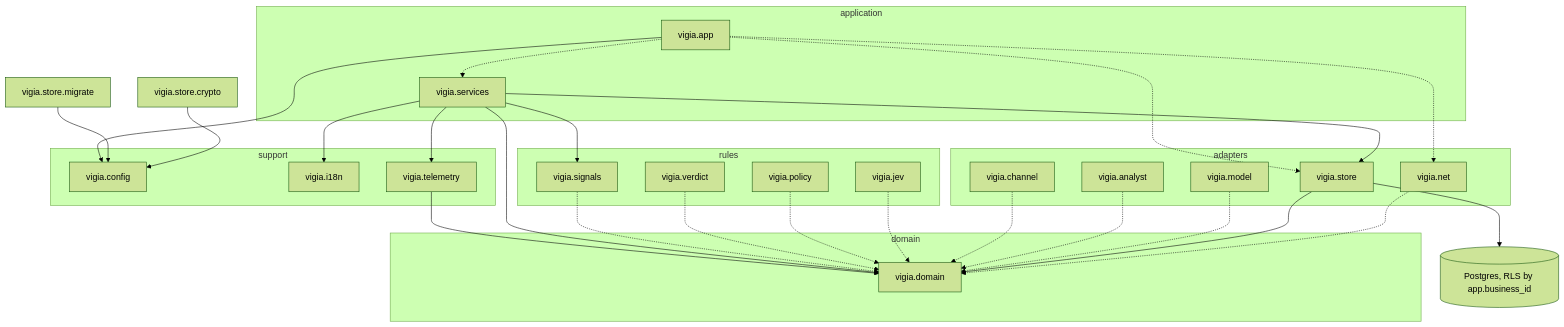
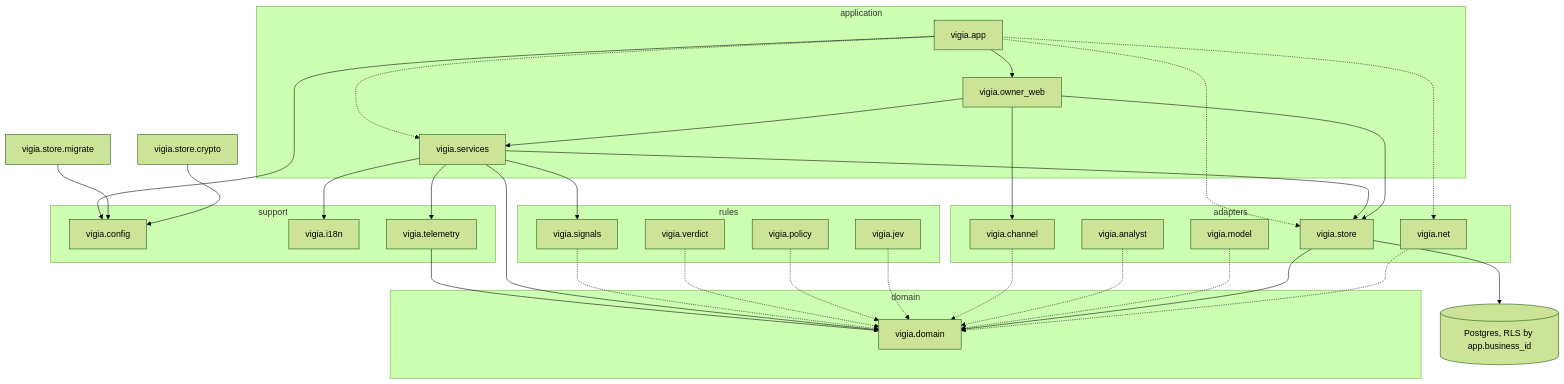
One commit to Danielmc09/vigia changed the first of 2 diagrams in docs/ARCHITECTURE.md. Above: the diagram before and after it, drawn with Mermaid (forest theme). The commit also changed 26 other files, not shown here.

First line of the commit message:
feat(panel): add owner panel via one-time WhatsApp link and React operator view

````diff
--- a/docs/ARCHITECTURE.md
+++ b/docs/ARCHITECTURE.md
@@ -12,50 +12,55 @@
 ```mermaid
 graph TD
   subgraph application
     vigia.app
+    vigia.owner_web
     vigia.services
   end
   subgraph rules
     vigia.signals
     vigia.verdict
     vigia.policy
     vigia.jev
   end
   subgraph adapters
     vigia.channel
     vigia.analyst
     vigia.model
     vigia.store
     vigia.net
   end
   subgraph domain
     vigia.domain
   end
   subgraph support
     vigia.config
     vigia.i18n
     vigia.telemetry
   end
   vigia.app --> vigia.config
   vigia.services --> vigia.telemetry
   vigia.telemetry --> vigia.domain
   vigia.store.migrate --> vigia.config
   vigia.store.crypto --> vigia.config
   vigia.app -.-> vigia.store
   vigia.app -.-> vigia.services
   vigia.services --> vigia.store
   vigia.services --> vigia.signals
   vigia.services --> vigia.domain
   vigia.services --> vigia.i18n
   vigia.signals -.-> vigia.domain
   vigia.verdict -.-> vigia.domain
   vigia.policy -.-> vigia.domain
   vigia.jev -.-> vigia.domain
   vigia.channel -.-> vigia.domain
   vigia.analyst -.-> vigia.domain
   vigia.model -.-> vigia.domain
   vigia.store --> vigia.domain
   vigia.net -.-> vigia.domain
   vigia.app -.-> vigia.net
+  vigia.app --> vigia.owner_web
+  vigia.owner_web --> vigia.services
+  vigia.owner_web --> vigia.store
+  vigia.owner_web --> vigia.channel
   vigia.store --> PG[(Postgres, RLS by app.business_id)]
 ```
````
